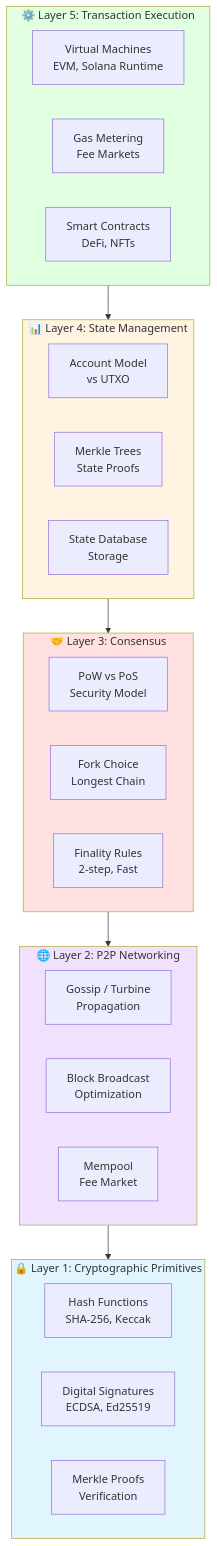
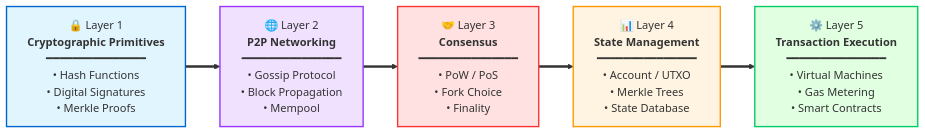
The seventh of 7 diagrams in Chapter2.md (MaxGnesi/Blockchain-101), drawn with Mermaid before and after one commit. The commit also changed other lines of this file, not shown here.

Commit message:
Rename Chapter 3 to Chapter 2 and modify diagram
Updated chapter title and restructured technology stack diagram.

````diff
--- a/Chapter2.md
+++ b/Chapter2.md
@@ -915,43 +915,20 @@
 ```mermaid
-graph TB
-    subgraph Layer5["⚙️ Layer 5: Transaction Execution"]
-        E1[Virtual Machines<br/>EVM, Solana Runtime]
-        E2[Gas Metering<br/>Fee Markets]
-        E3[Smart Contracts<br/>DeFi, NFTs]
-    end
+graph LR
+    L1["🔒 Layer 1<br/><b>Cryptographic Primitives</b><br/>━━━━━━━━━━━━━━━<br/>• Hash Functions<br/>• Digital Signatures<br/>• Merkle Proofs"] 
     
-    subgraph Layer4["📊 Layer 4: State Management"]
-        S1[Account Model<br/>vs UTXO]
-        S2[Merkle Trees<br/>State Proofs]
-        S3[State Database<br/>Storage]
-    end
+    L2["🌐 Layer 2<br/><b>P2P Networking</b><br/>━━━━━━━━━━━━━━━<br/>• Gossip Protocol<br/>• Block Propagation<br/>• Mempool"]
     
-    subgraph Layer3["🤝 Layer 3: Consensus"]
-        C1[PoW vs PoS<br/>Security Model]
-        C2[Fork Choice<br/>Longest Chain]
-        C3[Finality Rules<br/>2-step, Fast]
-    end
+    L3["🤝 Layer 3<br/><b>Consensus</b><br/>━━━━━━━━━━━━━━━<br/>• PoW / PoS<br/>• Fork Choice<br/>• Finality"]
     
-    subgraph Layer2["🌐 Layer 2: P2P Networking"]
-        N1[Gossip / Turbine<br/>Propagation]
-        N2[Block Broadcast<br/>Optimization]
-        N3[Mempool<br/>Fee Market]
-    end
+    L4["📊 Layer 4<br/><b>State Management</b><br/>━━━━━━━━━━━━━━━<br/>• Account / UTXO<br/>• Merkle Trees<br/>• State Database"]
     
-    subgraph Layer1["🔒 Layer 1: Cryptographic Primitives"]
-        P1[Hash Functions<br/>SHA-256, Keccak]
-        P2[Digital Signatures<br/>ECDSA, Ed25519]
-        P3[Merkle Proofs<br/>Verification]
-    end
+    L5["⚙️ Layer 5<br/><b>Transaction Execution</b><br/>━━━━━━━━━━━━━━━<br/>• Virtual Machines<br/>• Gas Metering<br/>• Smart Contracts"]
     
-    Layer5 --> Layer4
-    Layer4 --> Layer3
-    Layer3 --> Layer2
-    Layer2 --> Layer1
+    L1 ==> L2 ==> L3 ==> L4 ==> L5
     
-    style Layer1 fill:#e1f5ff
-    style Layer2 fill:#f0e1ff
-    style Layer3 fill:#ffe1e1
-    style Layer4 fill:#fff4e1
-    style Layer5 fill:#e1ffe1
+    style L1 fill:#e1f5ff,stroke:#0066cc,stroke-width:2px
+    style L2 fill:#f0e1ff,stroke:#9933ff,stroke-width:2px
+    style L3 fill:#ffe1e1,stroke:#ff3333,stroke-width:2px
+    style L4 fill:#fff4e1,stroke:#ff9900,stroke-width:2px
+    style L5 fill:#e1ffe1,stroke:#00cc66,stroke-width:2px
 ```
````
